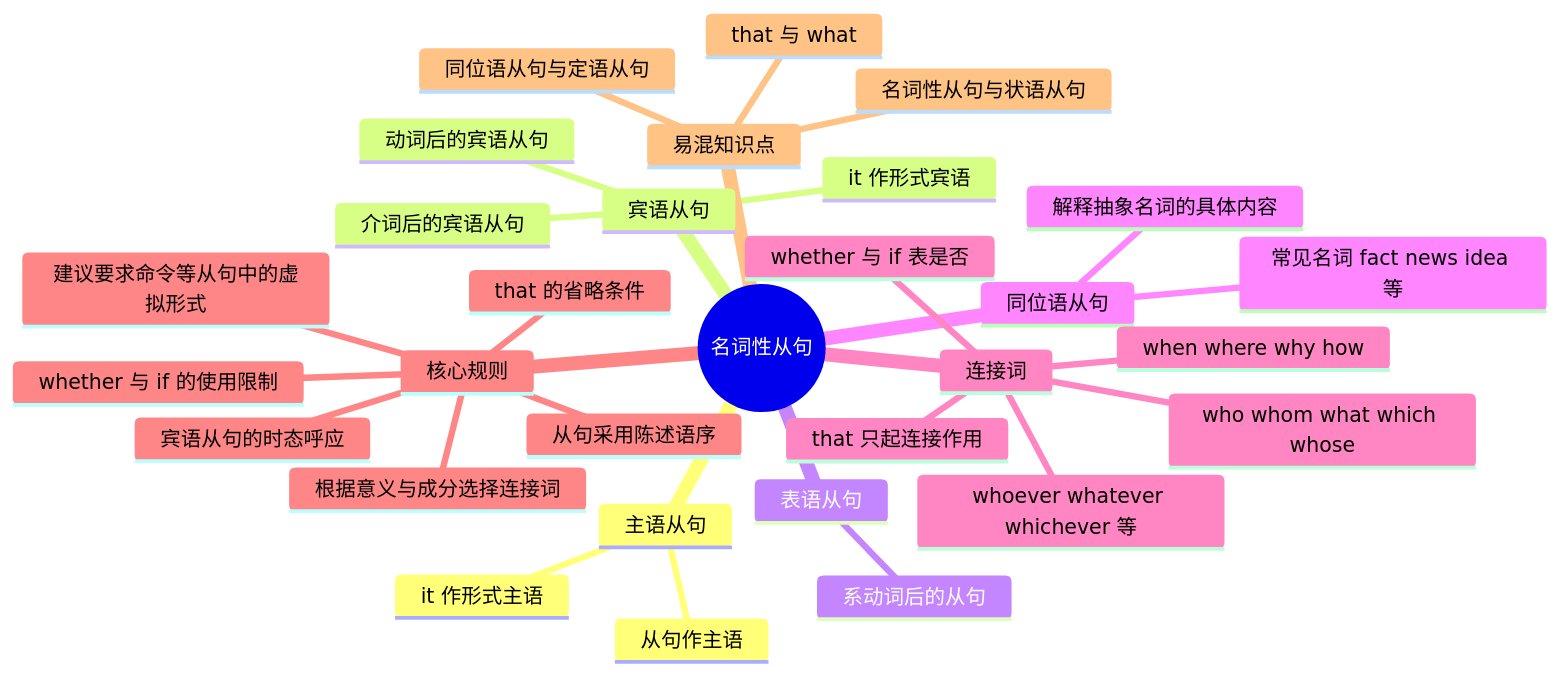
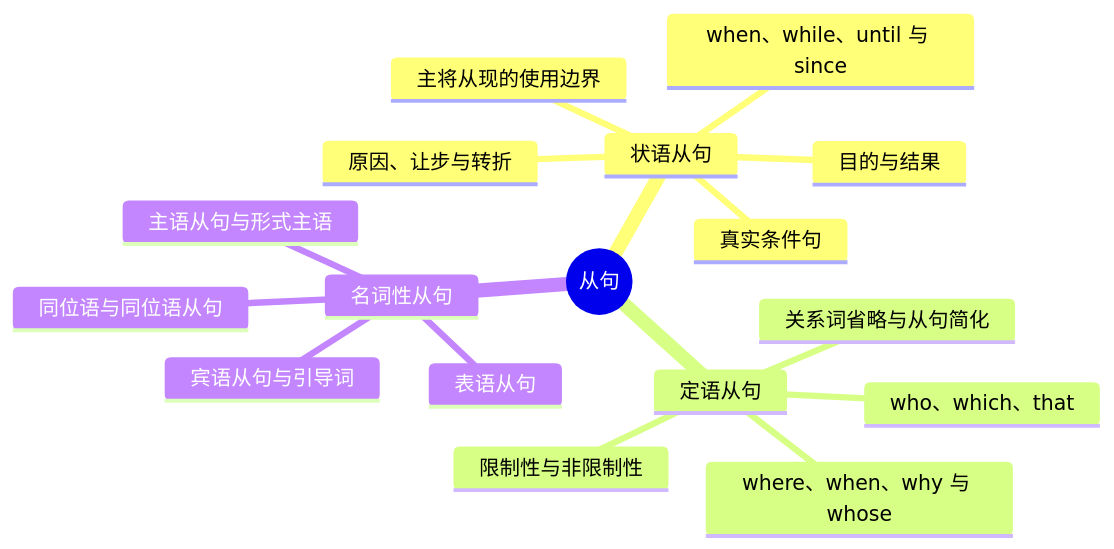
Before and after one commit to FitzLeewenlei/grammar: the sixth of 11 diagrams in grammar-mindmaps.md, drawn with Mermaid. The commit also changed other lines of this file and 16 other files, not shown here.

````diff
--- a/grammar-mindmaps.md
+++ b/grammar-mindmaps.md
@@ -297,33 +100,20 @@
 ```mermaid
 mindmap
-  root((名词性从句))
-    主语从句
-      从句作主语
-      it 作形式主语
-    宾语从句
-      动词后的宾语从句
-      介词后的宾语从句
-      it 作形式宾语
-    表语从句
-      系动词后的从句
-    同位语从句
-      解释抽象名词的具体内容
-      常见名词 fact news idea 等
-    连接词
-      that 只起连接作用
-      whether 与 if 表是否
-      who whom what which whose
-      when where why how
-      whoever whatever whichever 等
-    核心规则
-      从句采用陈述语序
-      根据意义与成分选择连接词
-      宾语从句的时态呼应
-      that 的省略条件
-      whether 与 if 的使用限制
-      建议要求命令等从句中的虚拟形式
-    易混知识点
-      that 与 what
-      同位语从句与定语从句
-      名词性从句与状语从句
+  root((从句))
+    状语从句
+      真实条件句
+      主将从现的使用边界
+      when、while、until 与 since
+      原因、让步与转折
+      目的与结果
+    定语从句
+      who、which、that
+      where、when、why 与 whose
+      关系词省略与从句简化
+      限制性与非限制性
+    名词性从句
+      主语从句与形式主语
+      宾语从句与引导词
+      表语从句
+      同位语与同位语从句
 ```
````
